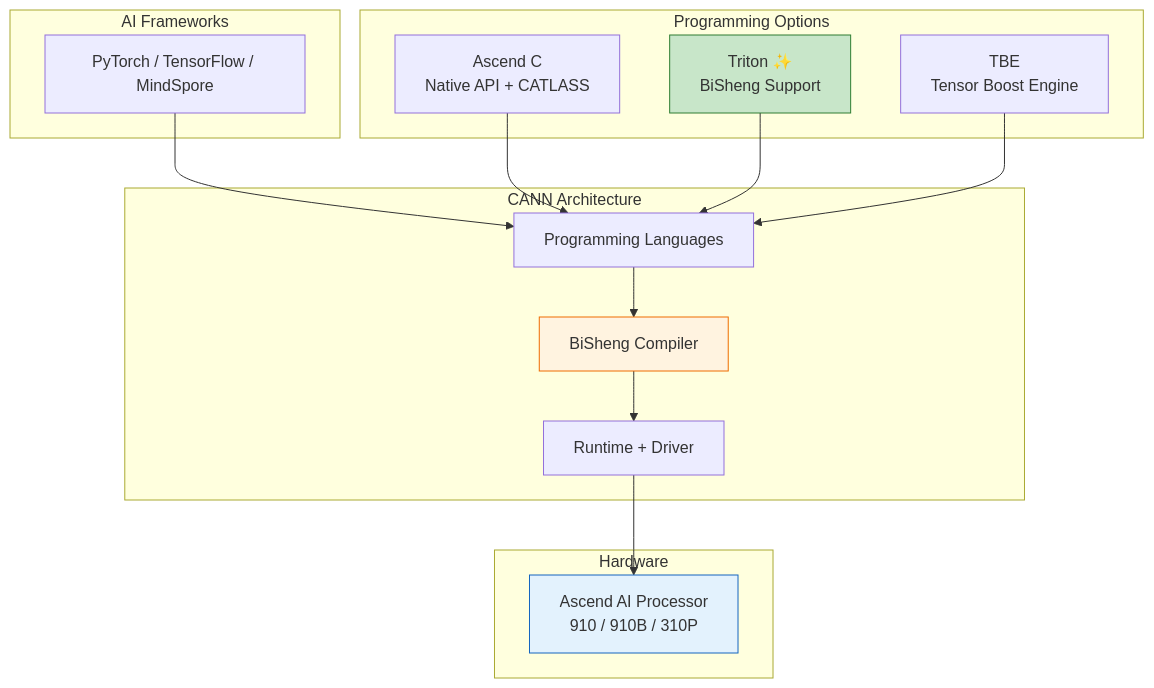
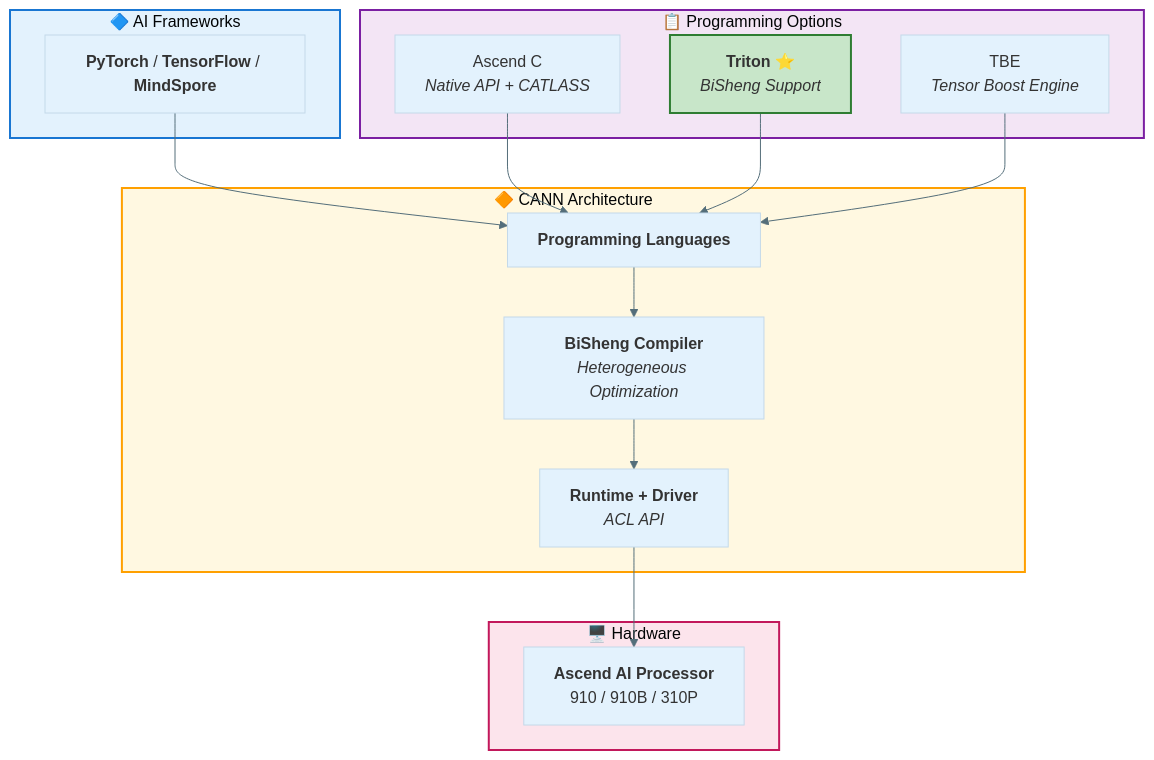
The first of 2 diagrams in docs/ascend_implementation_guide.md (chenxingqiang/YiRage), drawn with Mermaid before and after one commit. The commit also changed other lines of this file and 3 other files, not shown here.

First line of the commit message:
docs: upgrade Mermaid diagrams to professional style

````diff
--- a/docs/ascend_implementation_guide.md
+++ b/docs/ascend_implementation_guide.md
@@ -11,32 +11,34 @@
 ```mermaid
+%%{init: {'theme': 'base', 'themeVariables': { 'primaryColor': '#e3f2fd', 'lineColor': '#546e7a'}}}%%
 graph TB
-    subgraph "AI Frameworks"
-        A[PyTorch / TensorFlow / MindSpore]
+    subgraph FRAMEWORKS["🔷 AI Frameworks"]
+        A["<b>PyTorch</b> / <b>TensorFlow</b> / <b>MindSpore</b>"]
     end
 
-    subgraph "CANN Architecture"
-        B[Programming Languages]
-        C[BiSheng Compiler]
-        D[Runtime + Driver]
-        
+    subgraph CANN["🔶 CANN Architecture"]
+        B["<b>Programming Languages</b>"]
+        C["<b>BiSheng Compiler</b><br/><i>Heterogeneous Optimization</i>"]
+        D["<b>Runtime + Driver</b><br/><i>ACL API</i>"]
         B --> C --> D
     end
 
-    subgraph "Programming Options"
-        E[Ascend C<br/>Native API + CATLASS]
-        F[Triton ✨<br/>BiSheng Support]
-        G[TBE<br/>Tensor Boost Engine]
+    subgraph OPTIONS["📋 Programming Options"]
+        E["Ascend C<br/><i>Native API + CATLASS</i>"]
+        F["<b>Triton ⭐</b><br/><i>BiSheng Support</i>"]
+        G["TBE<br/><i>Tensor Boost Engine</i>"]
     end
 
-    subgraph "Hardware"
-        H[Ascend AI Processor<br/>910 / 910B / 310P]
+    subgraph HARDWARE["🖥️ Hardware"]
+        H["<b>Ascend AI Processor</b><br/>910 / 910B / 310P"]
     end
 
     A --> B
     E & F & G --> B
     D --> H
 
-    style F fill:#c8e6c9,stroke:#2e7d32
-    style C fill:#fff3e0,stroke:#ef6c00
-    style H fill:#e3f2fd,stroke:#1565c0
+    style FRAMEWORKS fill:#e3f2fd,stroke:#1976d2,stroke-width:2px
+    style CANN fill:#fff8e1,stroke:#ffa000,stroke-width:2px
+    style OPTIONS fill:#f3e5f5,stroke:#7b1fa2,stroke-width:2px
+    style HARDWARE fill:#fce4ec,stroke:#c2185b,stroke-width:2px
+    style F fill:#c8e6c9,stroke:#2e7d32,stroke-width:2px
 ```
````
